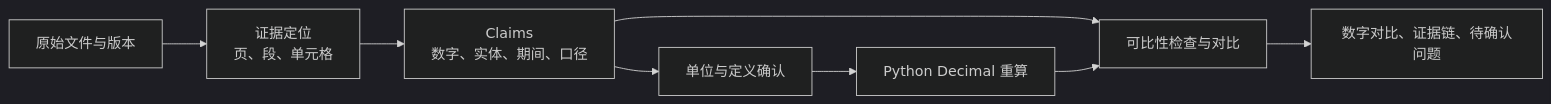
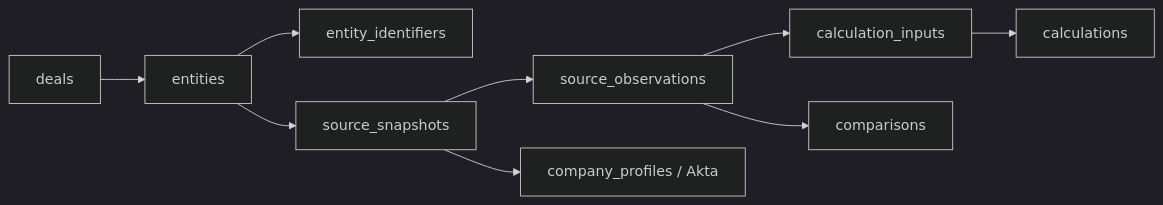
One commit to imnotmomo/acefire changed the diagram in database-design/README.md. Above: the diagram before and after it, drawn with Mermaid (dark theme). The commit also changed other lines of this file and 54 other files, not shown here.

First line of the commit message:
Build DuckDB company reports with traceable calculations

````diff
--- a/database-design/README.md
+++ b/database-design/README.md
@@ -28,10 +36,11 @@
 ```mermaid
 flowchart LR
-  F[原始文件与版本] --> E[证据定位<br/>页、段、单元格]
-  E --> C[Claims<br/>数字、实体、期间、口径]
-  C --> N[单位与定义确认]
-  N --> R[Python Decimal 重算]
-  C --> P[可比性检查与对比]
-  R --> P
-  P --> UI[数字对比、证据链、待确认问题]
+  D[deals] --> E[entities]
+  E --> I[entity_identifiers]
+  E --> S[source_snapshots]
+  S --> O[source_observations]
+  S --> P[company_profiles / Akta]
+  O --> CI[calculation_inputs]
+  CI --> C[calculations]
+  O --> X[comparisons]
 ```
````
